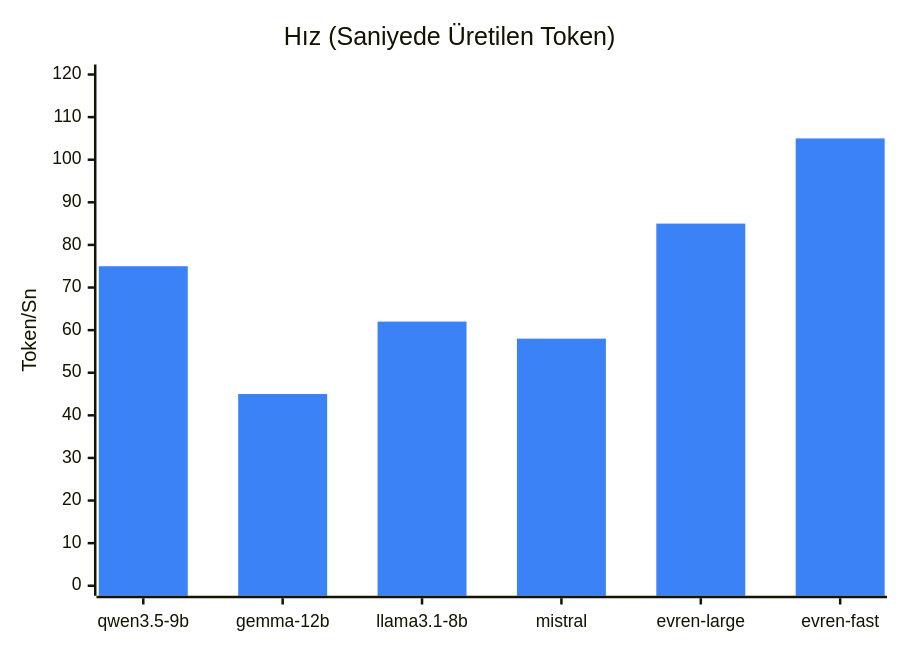
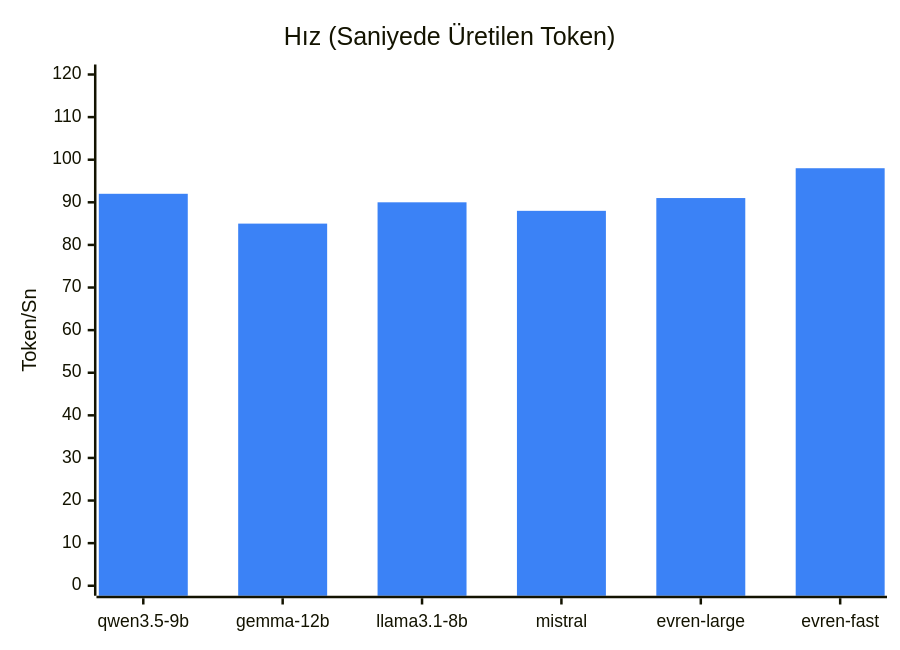
Before and after one commit to chyp3r/KACHOW-Teknofest-2026: diagram 11 of 16 in README.md, drawn with Mermaid. The commit also changed other lines of this file, not shown here.

````diff
--- a/README.md
+++ b/README.md
@@ -620,8 +610,8 @@
 ```mermaid
 %%{init: { 'theme': 'base', 'themeVariables': { 'xyChart': {'plotColorPalette': '#3b82f6'} } } }%%
 xychart-beta
     title "Hız (Saniyede Üretilen Token)"
     x-axis ["qwen3.5-9b", "gemma-12b", "llama3.1-8b", "mistral", "evren-large", "evren-fast"]
     y-axis "Token/Sn" 0 --> 120
-    bar [75, 45, 62, 58, 85, 105]
+    bar [92, 85, 90, 88, 91, 98]
 ```
````
